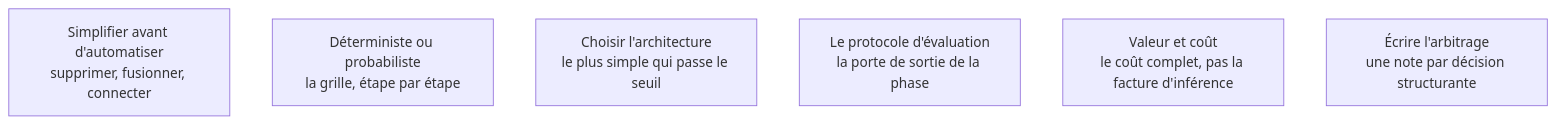
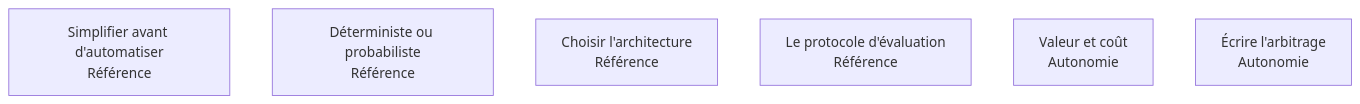
Before and after one commit to floSa/Atlas-Metiers-Roadmaps: the diagram in content/parcours/forward-deployed-engineer/arbitrage-technologique/index.md, drawn with Mermaid. The commit also changed 6 other files, not shown here.

````diff
--- a/content/parcours/forward-deployed-engineer/arbitrage-technologique/index.md
+++ b/content/parcours/forward-deployed-engineer/arbitrage-technologique/index.md
@@ -11,16 +11,16 @@
 ```mermaid
 flowchart TD
-  S["Simplifier avant d'automatiser<br/>supprimer, fusionner, connecter"]
-  A["Déterministe ou probabiliste<br/>la grille, étape par étape"]
-  C["Choisir l'architecture<br/>le plus simple qui passe le seuil"]
-  E["Le protocole d'évaluation<br/>la porte de sortie de la phase"]
-  V["Valeur et coût<br/>le coût complet, pas la facture d'inférence"]
-  N["Écrire l'arbitrage<br/>une note par décision structurante"]
+  S["Simplifier avant d'automatiser<br/>Référence"]
+  A["Déterministe ou probabiliste<br/>Référence"]
+  C["Choisir l'architecture<br/>Référence"]
+  E["Le protocole d'évaluation<br/>Référence"]
+  V["Valeur et coût<br/>Autonomie"]
+  N["Écrire l'arbitrage<br/>Autonomie"]
 
   click S "/parcours/forward-deployed-engineer/arbitrage-technologique/simplifier-avant-d-automatiser"
   click A "/parcours/forward-deployed-engineer/arbitrage-technologique/deterministe-ou-probabiliste"
   click C "/parcours/forward-deployed-engineer/arbitrage-technologique/choisir-l-architecture"
   click E "/parcours/forward-deployed-engineer/arbitrage-technologique/le-protocole-d-evaluation"
   click V "/parcours/forward-deployed-engineer/arbitrage-technologique/valeur-et-cout"
   click N "/parcours/forward-deployed-engineer/arbitrage-technologique/ecrire-l-arbitrage"
 ```
````
